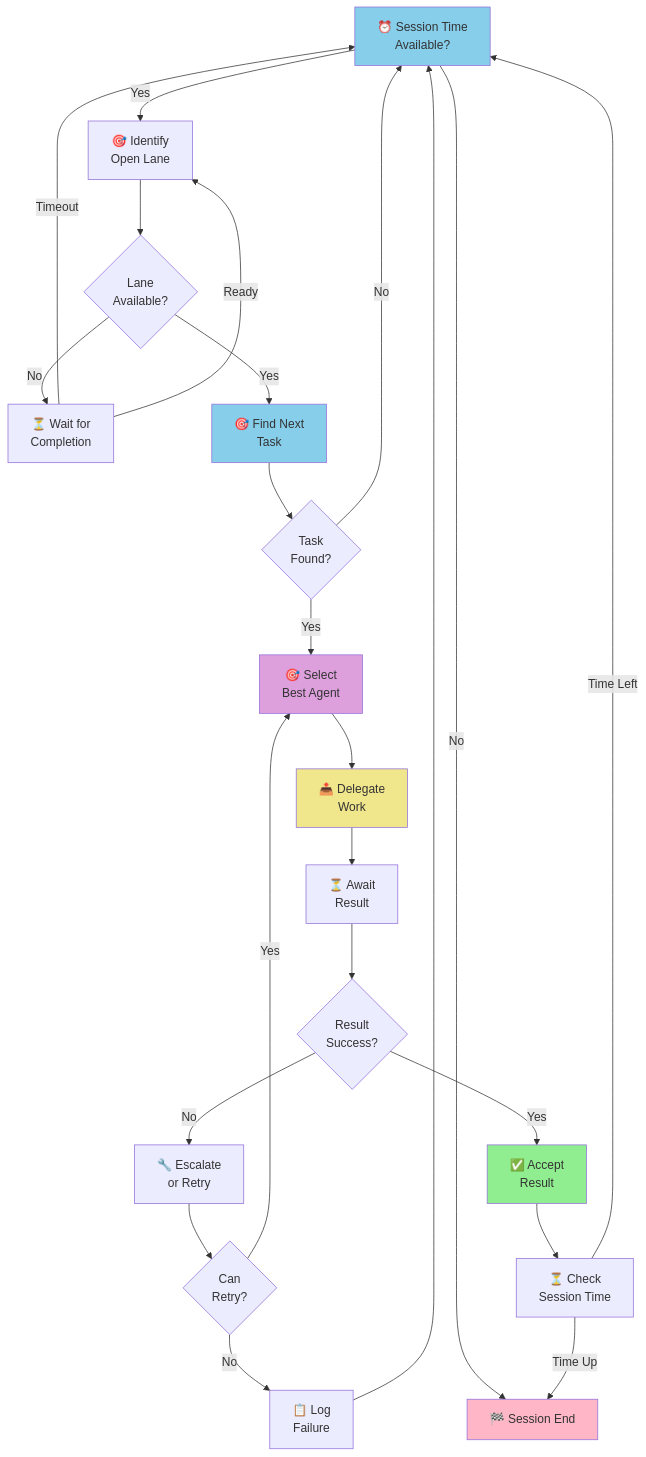
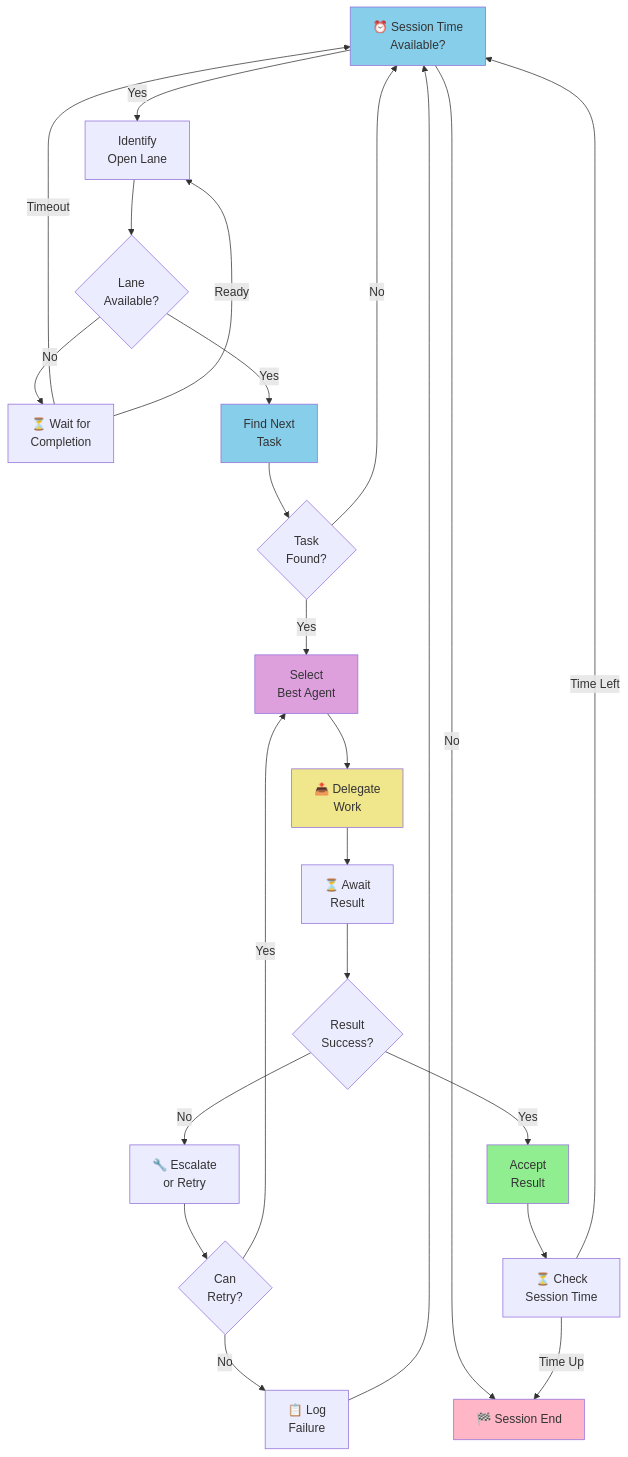
The ninth of 10 diagrams in docs/agent/CUSTOM_AGENT_COORDINATION_WORKFLOWS.md (Aries-Serpent/_codex_), drawn with Mermaid before and after one commit. The commit also changed other lines of this file and 2029 other files, not shown here.

````diff
--- a/docs/agent/CUSTOM_AGENT_COORDINATION_WORKFLOWS.md
+++ b/docs/agent/CUSTOM_AGENT_COORDINATION_WORKFLOWS.md
@@ -395,44 +397,44 @@
 ```mermaid
 graph TD
-    A["⏰ Session Time<br/>Available?"] -->|Yes| B["🎯 Identify<br/>Open Lane"]
+    A["⏰ Session Time<br/>Available?"] -->|Yes| B[" Identify<br/>Open Lane"]
     A -->|No| END["🏁 Session End"]
 
     B --> C{Lane<br/>Available?}
 
     C -->|No| D["⏳ Wait for<br/>Completion"]
     D -->|Timeout| A
     D -->|Ready| B
 
-    C -->|Yes| E["🎯 Find Next<br/>Task"]
+    C -->|Yes| E[" Find Next<br/>Task"]
 
     E --> F{Task<br/>Found?}
 
     F -->|No| A
-    F -->|Yes| G["🎯 Select<br/>Best Agent"]
+    F -->|Yes| G[" Select<br/>Best Agent"]
 
     G --> H["📤 Delegate<br/>Work"]
 
     H --> I["⏳ Await<br/>Result"]
 
     I --> J{Result<br/>Success?}
 
     J -->|No| K["🔧 Escalate<br/>or Retry"]
-    J -->|Yes| L["✅ Accept<br/>Result"]
+    J -->|Yes| L[" Accept<br/>Result"]
 
     K --> M{Can<br/>Retry?}
     M -->|Yes| G
     M -->|No| N["📋 Log<br/>Failure"]
     N --> A
 
     L --> O["⏳ Check<br/>Session Time"]
 
     O -->|Time Left| A
     O -->|Time Up| END
 
     style A fill:#87CEEB
     style E fill:#87CEEB
     style G fill:#DDA0DD
     style H fill:#F0E68C
     style L fill:#90EE90
     style END fill:#FFB6C6
 ```
````
